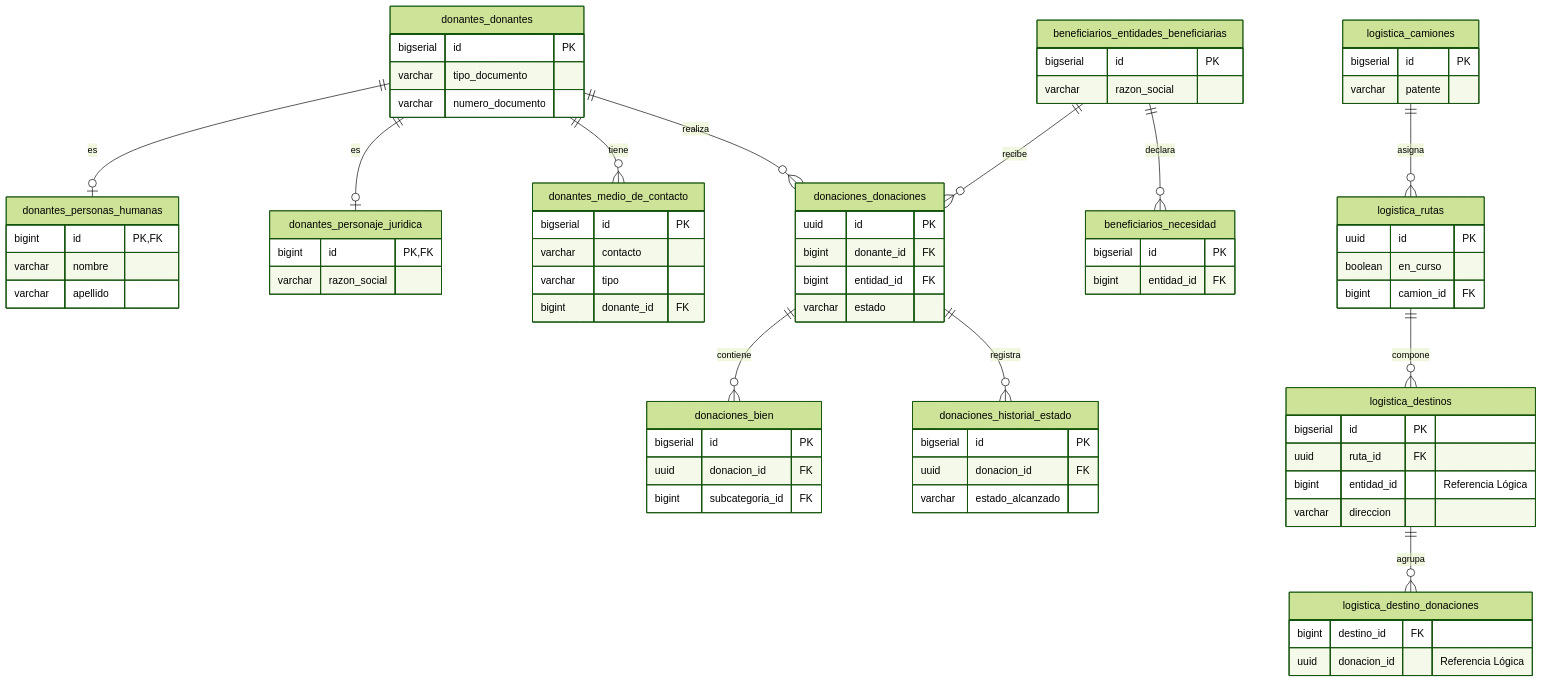
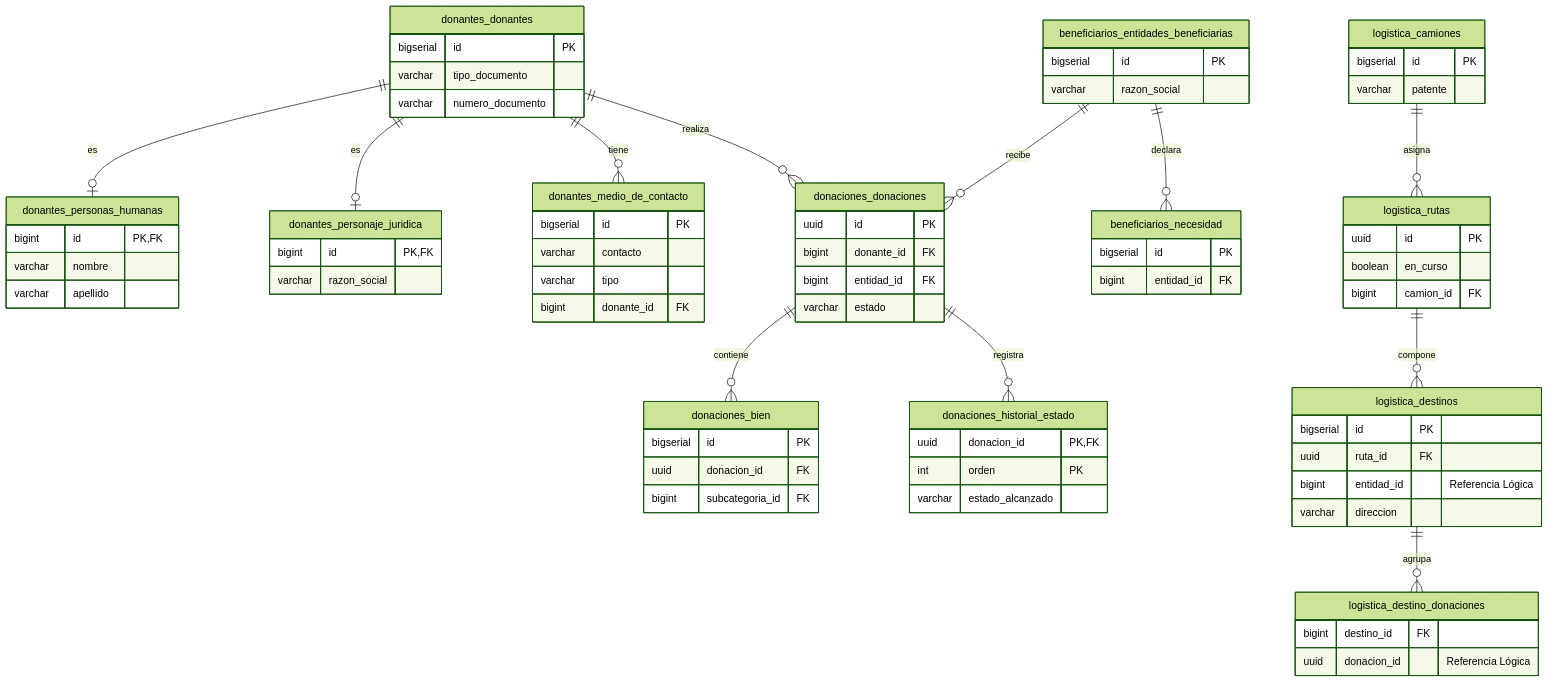
Before and after one commit to eonishi/tp-dds-2026-donatrack: the diagram in docs/DER-fisico.md, drawn with Mermaid (forest theme). The commit also changed 10 other files, not shown here.

```diff
--- a/docs/DER-fisico.md
+++ b/docs/DER-fisico.md
@@ -48,8 +48,8 @@
         varchar estado
     }
     donaciones_historial_estado {
-        bigserial id PK
-        uuid donacion_id FK
+        uuid donacion_id PK, FK
+        int orden PK
         varchar estado_alcanzado
     }
     donaciones_bien {
```
